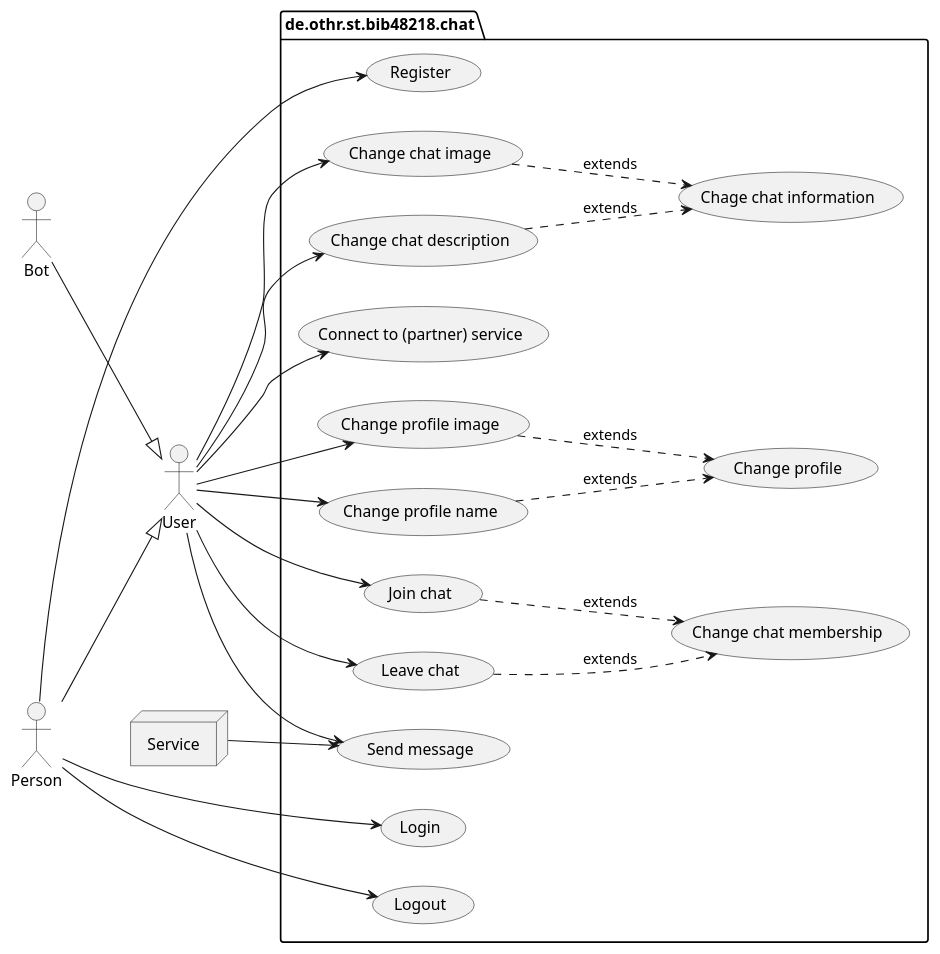
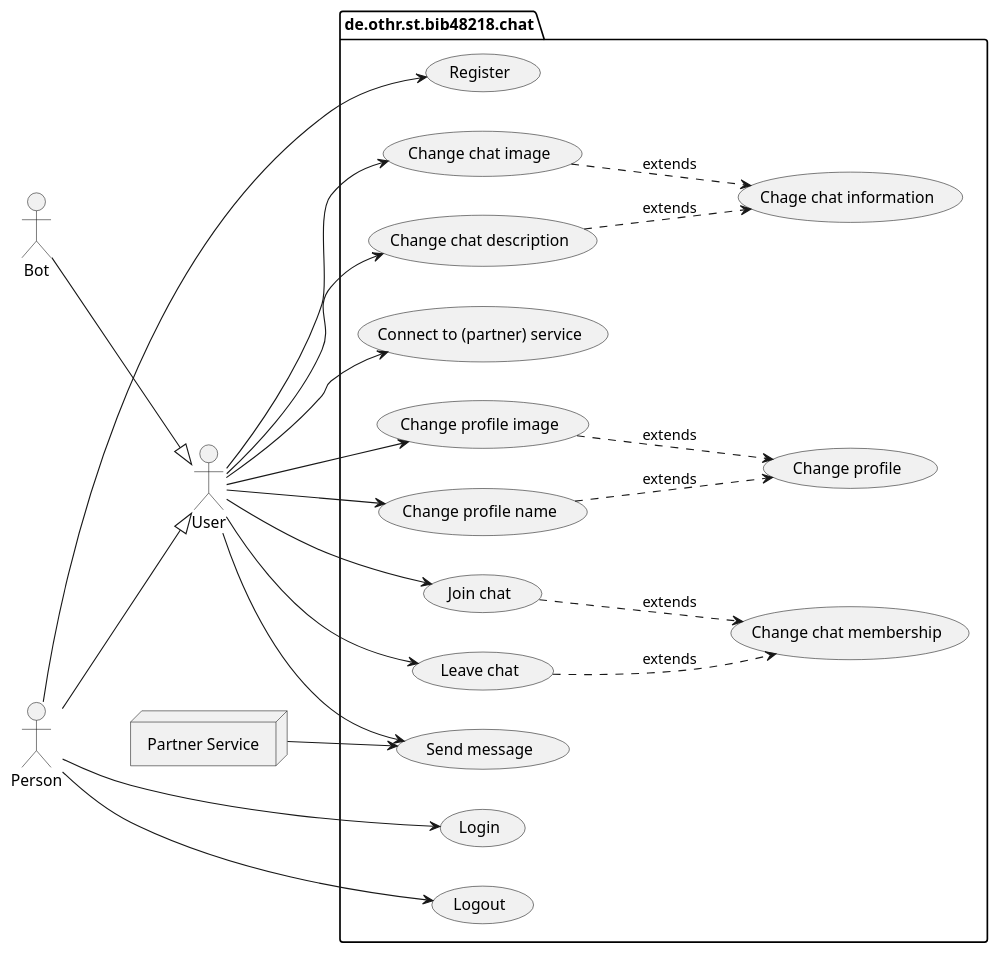
Before and after one commit to bbenno/oth-sw: the diagram in src/doc/uml-usecase.puml, drawn with PlantUML.

Commit message:
Rename machine actor in UML UC diagram

```diff
--- a/src/doc/uml-usecase.puml
+++ b/src/doc/uml-usecase.puml
@@ -1,55 +1,55 @@
 @startuml chat-usecase
 skinparam monochrome true
 left to right direction
 
 ' actors
 actor "User" as u
 actor "Person" as p
 actor "Bot" as b
-node "Service" as s
+node "Partner Service" as s
 
 ' actor hierarchy
 p -down-|> u
 b -down-|> u
 
 ' use cases
 package "de.othr.st.bib48218.chat" {
   usecase "Login" as oUC1
   usecase "Logout" as oUC2
   usecase "Register" as oUC3
   usecase "Change profile image" as oUC4
   usecase "Change profile name" as oUC5
   usecase "Change profile" as oeUC1
   oUC4 ..> oeUC1 : extends
   oUC5 ..> oeUC1 : extends
 
   usecase "Send message" as mUC
   ' Chating use cases
   usecase "Join chat" as cUC1
   usecase "Leave chat" as cUC2
   usecase "Change chat membership" as ceUC2
   usecase "Change chat image" as cUC3
   usecase "Change chat description" as cUC4
   usecase "Chage chat information" as ceUC1
   cUC1 ..> ceUC2 : extends
   cUC2 ..> ceUC2 : extends
   cUC3 ..> ceUC1 : extends
   cUC4 ..> ceUC1 : extends
   ' Connecting to partners use cases
   usecase "Connect to (partner) service" as pUC
 }
 
 '  link actor User with use cases
 p --> oUC1
 p --> oUC2
 p --> oUC3
 u --> oUC4
 u --> oUC5
 s --> mUC
 u --> mUC
 u --> cUC1
 u --> cUC2
 u --> cUC3
 u --> cUC4
 u --> pUC
 @enduml
```
